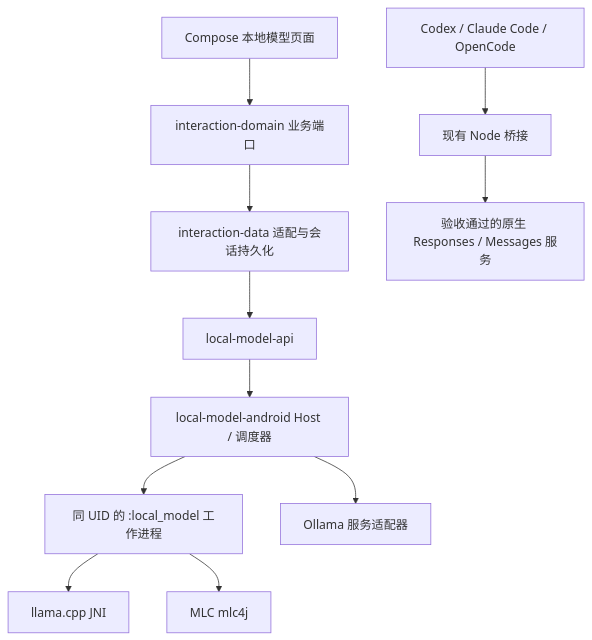
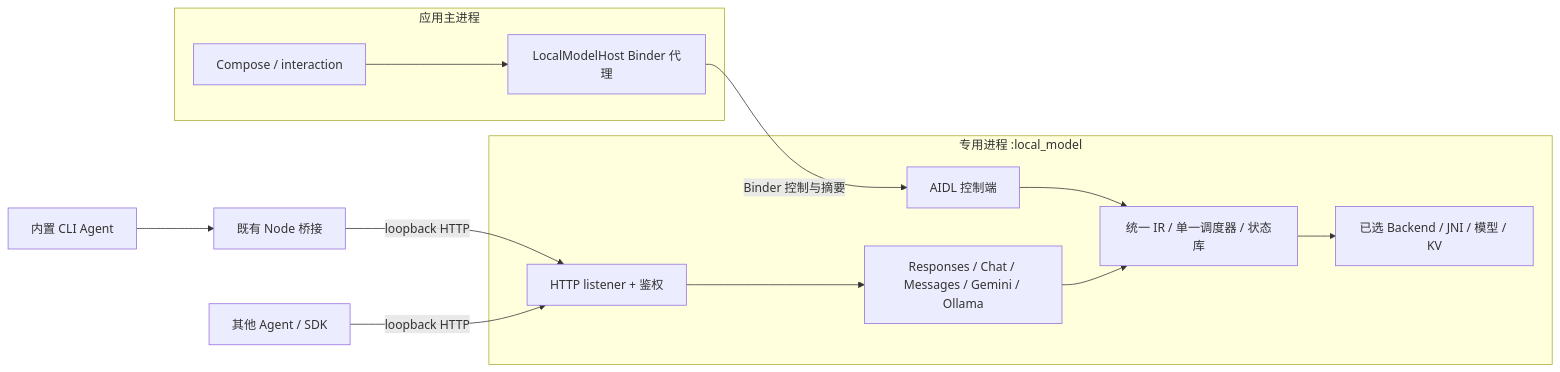
Before and after one commit to ytlog/mobby: the diagram in docs/design/local-model-runtime.md, drawn with Mermaid. The commit also changed other lines of this file and 3 other files, not shown here.

Commit message:
docs: design isolated local model HTTP module and engine adapters

````diff
--- a/docs/design/local-model-runtime.md
+++ b/docs/design/local-model-runtime.md
@@ -65,13 +112,21 @@
 ```mermaid
-flowchart TD
-    UI[Compose 本地模型页面] --> Domain[interaction-domain 业务端口]
-    Domain --> Data[interaction-data 适配与会话持久化]
-    Data --> API[local-model-api]
-    API --> Host[local-model-android Host / 调度器]
-    Host --> Worker[同 UID 的 :local_model 工作进程]
-    Worker --> Llama[llama.cpp JNI]
-    Worker --> MLC[MLC mlc4j]
-    Host --> Ollama[Ollama 服务适配器]
-    CLI[Codex / Claude Code / OpenCode] --> Node[现有 Node 桥接]
-    Node --> Native[验收通过的原生 Responses / Messages 服务]
+flowchart LR
+    subgraph Main[应用主进程]
+        UI[Compose / interaction]
+        Proxy[LocalModelHost Binder 代理]
+        UI --> Proxy
+    end
+    subgraph LM[专用进程 :local_model]
+        Control[AIDL 控制端]
+        HTTP[HTTP listener + 鉴权]
+        Codec[Responses / Chat / Messages / Gemini / Ollama]
+        Core[统一 IR / 单一调度器 / 状态库]
+        Engine[已选 Backend / JNI / 模型 / KV]
+        Control --> Core
+        HTTP --> Codec --> Core --> Engine
+    end
+    Proxy -->|Binder 控制与摘要| Control
+    Agent[内置 CLI Agent] --> Bridge[既有 Node 桥接]
+    Bridge -->|loopback HTTP| HTTP
+    Other[其他 Agent / SDK] -->|loopback HTTP| HTTP
 ```
````
